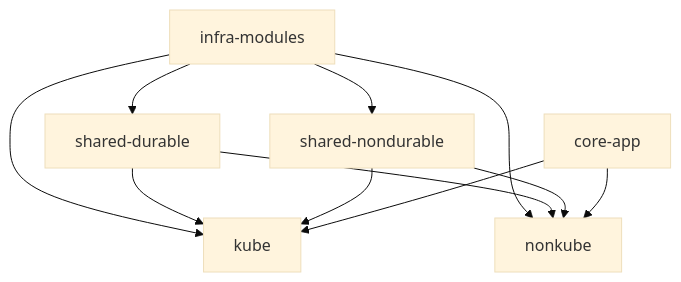
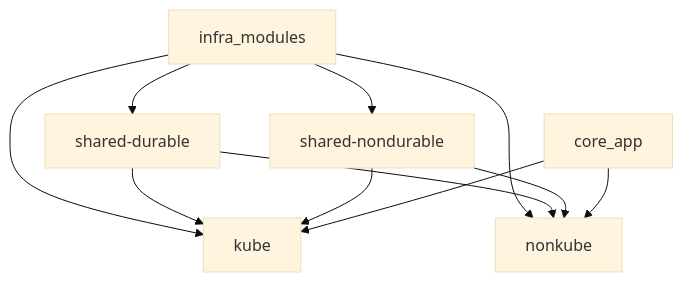
The first of 2 diagrams in docs/FINAL_REFACTOR_PLAN.md (horselord-joe-8053/ultra-fru-genai-analytics-new), drawn with Mermaid (base theme) before and after one commit. The commit also changed other lines of this file and 180 other files, not shown here.

Commit message:
refactor: rename dirs hyphen→underscore (infra_modules, live_deploy_aws, live_deploy_gcp, core_app, temp_one_off)

````diff
--- a/docs/FINAL_REFACTOR_PLAN.md
+++ b/docs/FINAL_REFACTOR_PLAN.md
@@ -76,22 +76,22 @@
 ```mermaid
 flowchart TB
-  Core[core-app]
-  Modules[infra-modules]
+  Core[core_app]
+  Modules[infra_modules]
   SD[shared-durable]
   SND[shared-nondurable]
   K[kube]
   NK[nonkube]
 
   Modules --> SD
   Modules --> SND
   Modules --> K
   Modules --> NK
 
   SD --> K
   SD --> NK
   SND --> K
   SND --> NK
 
   Core --> K
   Core --> NK
 ```
````
